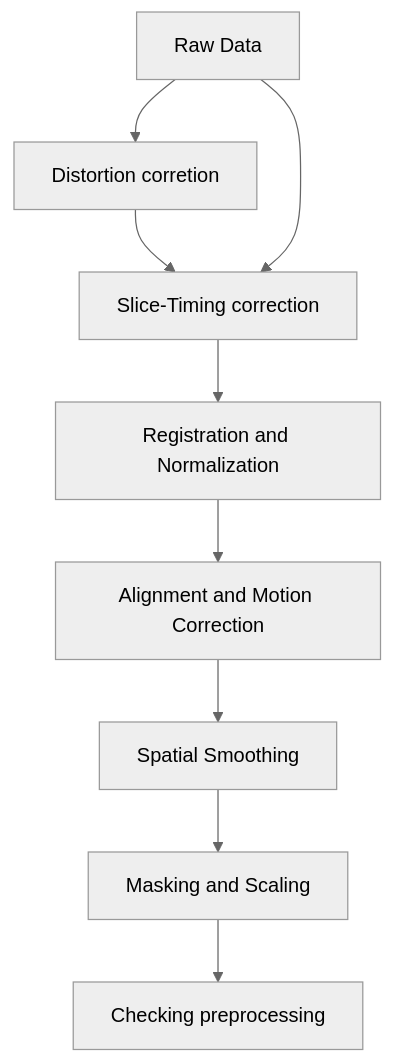
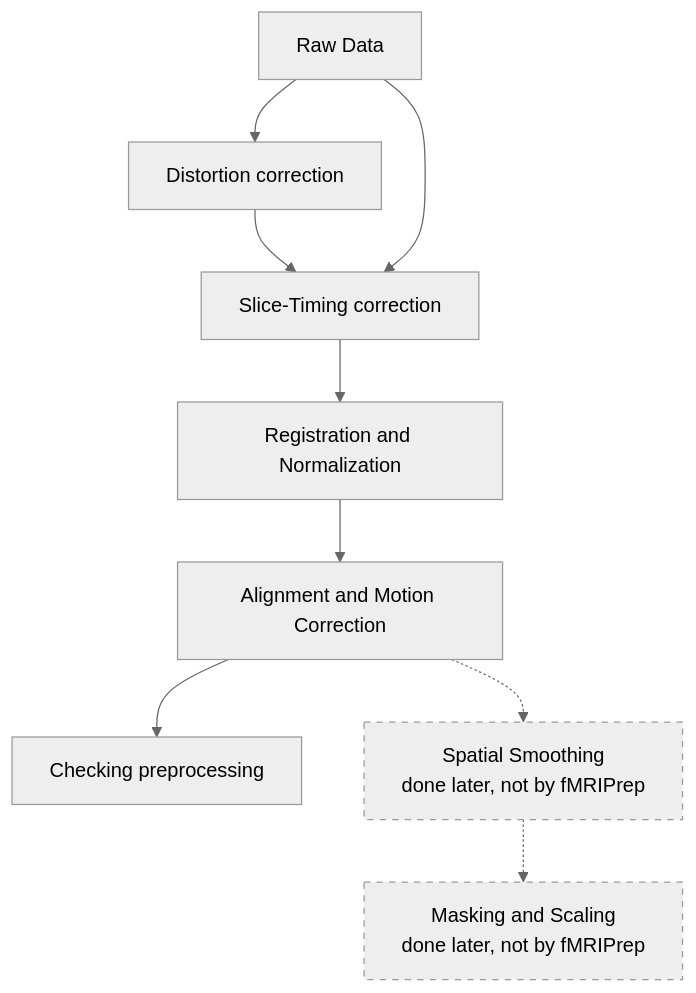
Before and after one commit to strongway/mridoc: the diagram in content/fMRI Tutorial/2.3 fmriPrep with Docker.md, drawn with Mermaid (neutral theme). The commit also changed other lines of this file and 14 other files, not shown here.

````diff
--- a/content/fMRI Tutorial/2.3 fmriPrep with Docker.md
+++ b/content/fMRI Tutorial/2.3 fmriPrep with Docker.md
@@ -94,12 +98,13 @@
 ```mermaid 
 flowchart TD
-	A[Raw Data] --> B[Distortion corretion]
+	A[Raw Data] --> B[Distortion correction]
 	B --> C[Slice-Timing correction]
 	A --> C
 	C --> D[Registration and Normalization]
 	D --> E[Alignment and Motion Correction]
-	E --> F[Spatial Smoothing]
-	F --> G[Masking and Scaling]
-	G --> I[Checking preprocessing]
-
+	E --> I[Checking preprocessing]
+	E -.-> F[Spatial Smoothing<br/>done later, not by fMRIPrep]
+	F -.-> G[Masking and Scaling<br/>done later, not by fMRIPrep]
+	style F stroke-dasharray: 5 5
+	style G stroke-dasharray: 5 5
 ```
````
